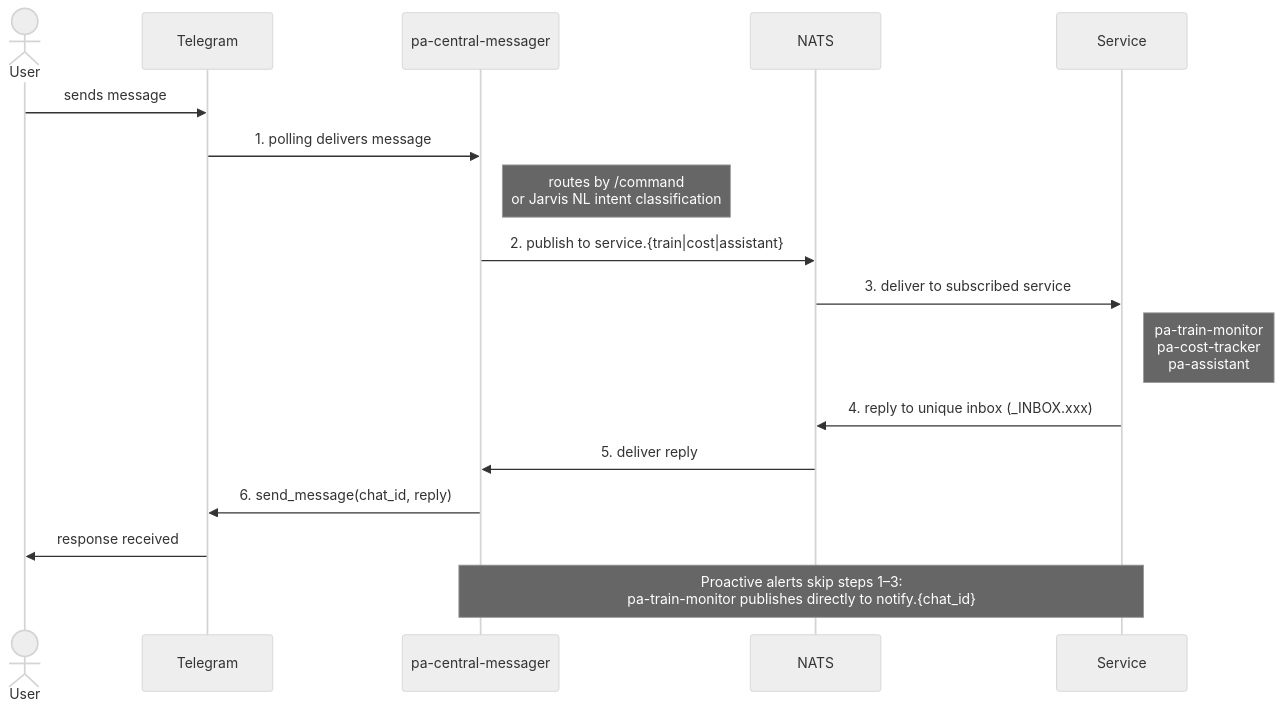
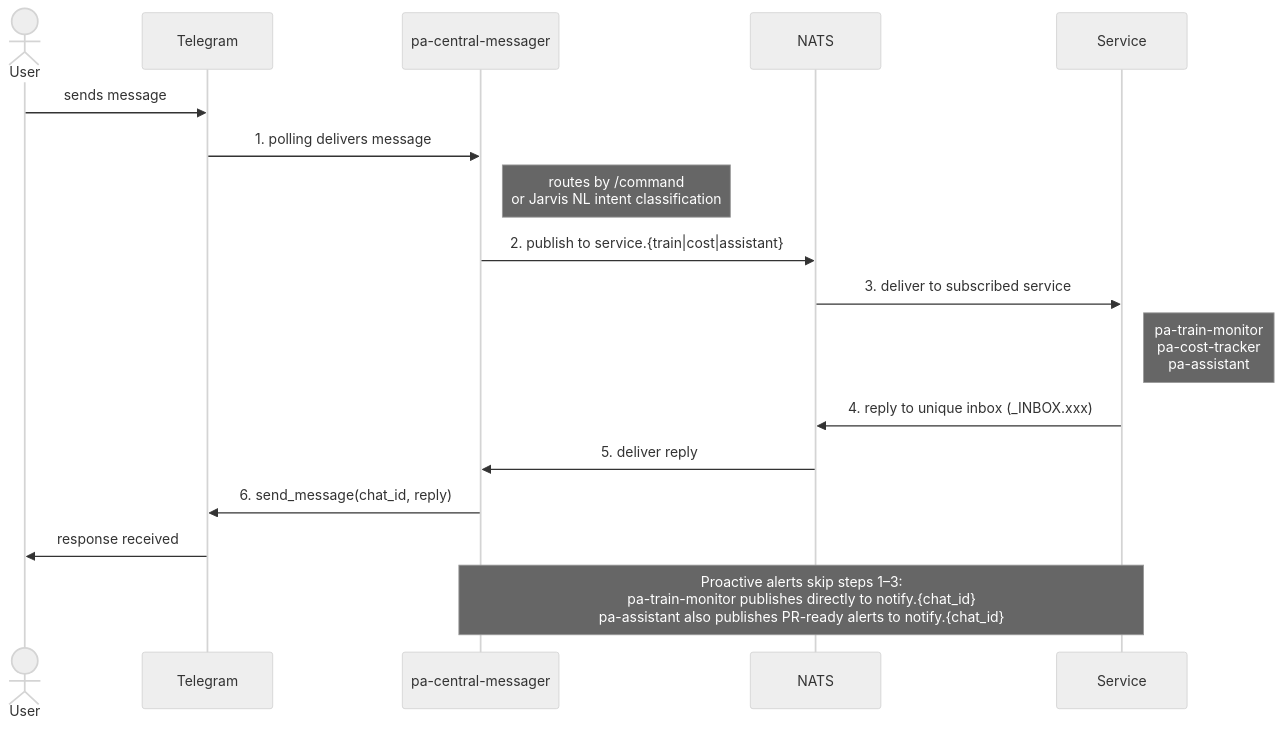
One commit to sneakybver-assistant/.github changed the diagram in profile/README.md. Above: the diagram before and after it, drawn with Mermaid (neutral theme). The commit also changed other lines of this file, not shown here.

Commit message:
update docs: add /code /restart /logs /help commands, update pa-assistant description

````diff
--- a/profile/README.md
+++ b/profile/README.md
@@ -9,21 +9,21 @@
 ```mermaid
 sequenceDiagram
     actor U as User
     participant TG as Telegram
     participant CM as pa-central-messager
     participant N as NATS
     participant S as Service
 
     U->>TG: sends message
     TG->>CM: 1. polling delivers message
     Note right of CM: routes by /command<br/>or Jarvis NL intent classification
     CM->>N: 2. publish to service.{train|cost|assistant}
     N->>S: 3. deliver to subscribed service
     Note right of S: pa-train-monitor<br/>pa-cost-tracker<br/>pa-assistant
     S->>N: 4. reply to unique inbox (_INBOX.xxx)
     N->>CM: 5. deliver reply
     CM->>TG: 6. send_message(chat_id, reply)
     TG->>U: response received
 
-    Note over S,CM: Proactive alerts skip steps 1–3:<br/>pa-train-monitor publishes directly to notify.{chat_id}
+    Note over S,CM: Proactive alerts skip steps 1–3:<br/>pa-train-monitor publishes directly to notify.{chat_id}<br/>pa-assistant also publishes PR-ready alerts to notify.{chat_id}
 ```
````
